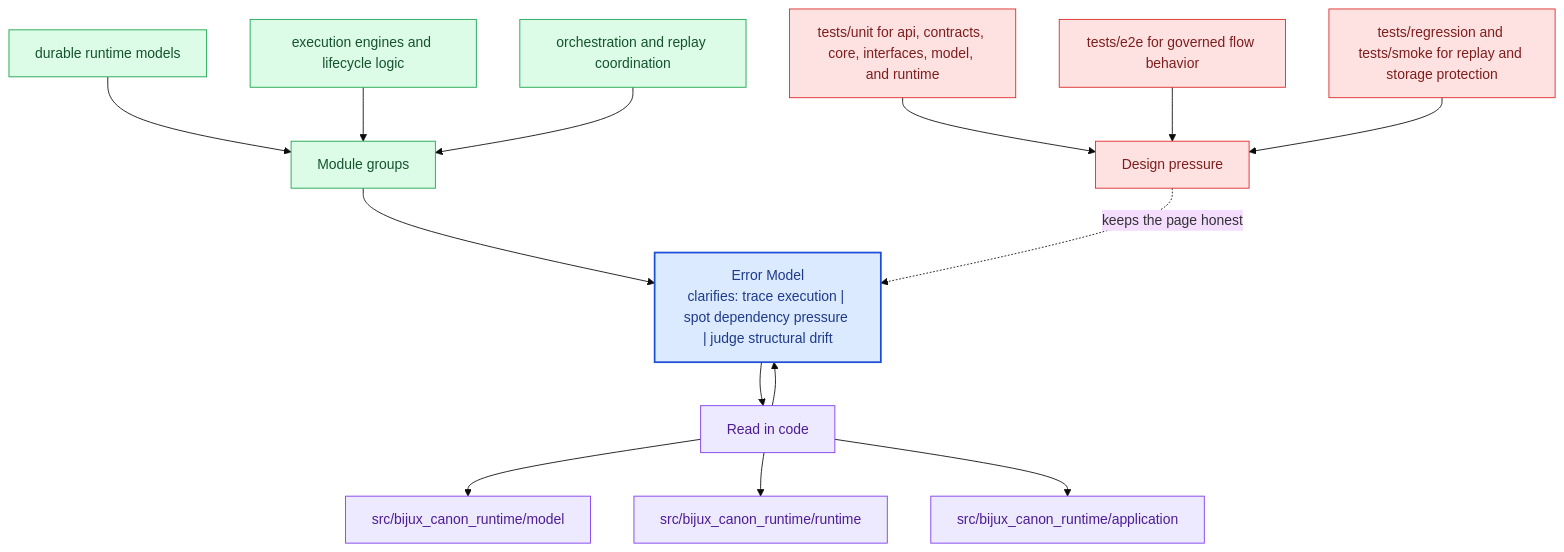
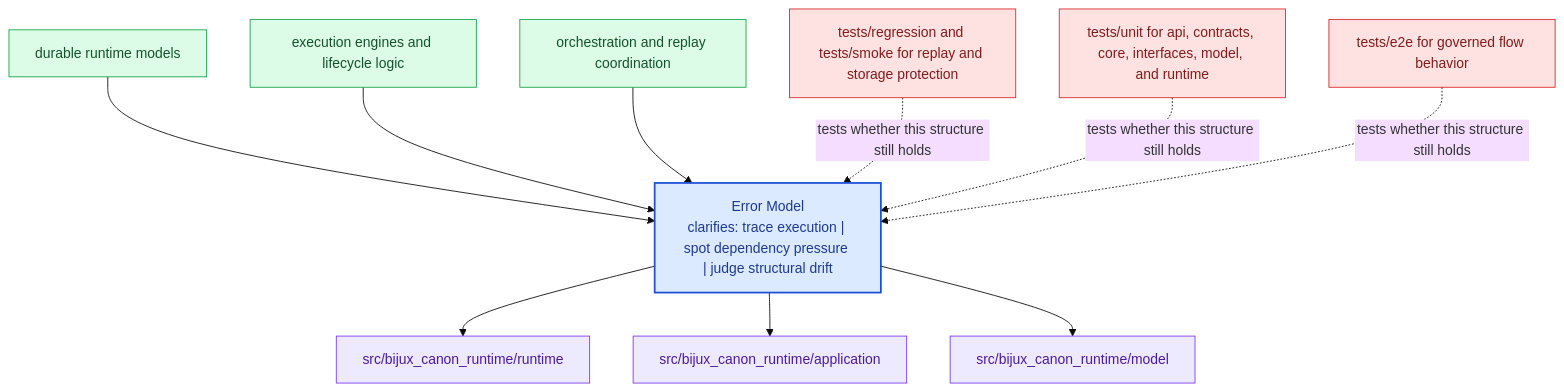
The diagram in docs/bijux-canon-runtime/architecture/error-model.md (bijux/bijux-canon), drawn with Mermaid (base theme) before and after one commit. The commit also changed other lines of this file and 281 other files, not shown here.

Commit message:
docs(diagrams): replace repeated mermaid scaffolds with page-specific summaries

````diff
--- a/docs/bijux-canon-runtime/architecture/error-model.md
+++ b/docs/bijux-canon-runtime/architecture/error-model.md
@@ -68,40 +23,31 @@
 ```mermaid
 flowchart TB
-    promise["Error Model<br/>clarifies: trace execution | spot dependency pressure | judge structural drift"]
-    classDef promise fill:#dbeafe,stroke:#1d4ed8,color:#1e3a8a,stroke-width:2px;
-    classDef driver fill:#dcfce7,stroke:#16a34a,color:#14532d;
-    classDef constraint fill:#fee2e2,stroke:#dc2626,color:#7f1d1d;
-    classDef ground fill:#ede9fe,stroke:#7c3aed,color:#4c1d95;
-    focus1["Module groups"]
-    focus1 --> promise
-    focus1_1["durable runtime models"]
-    focus1_1 --> focus1
-    focus1_2["execution engines and lifecycle logic"]
-    focus1_2 --> focus1
-    focus1_3["orchestration and replay coordination"]
-    focus1_3 --> focus1
-    class focus1 driver;
-    class focus1_1,focus1_2,focus1_3 driver;
-    focus2["Read in code"]
-    focus2 --> promise
-    promise --> focus2
-    focus2_1["src/bijux_canon_runtime/model"]
-    focus2 --> focus2_1
-    focus2_2["src/bijux_canon_runtime/runtime"]
-    focus2 --> focus2_2
-    focus2_3["src/bijux_canon_runtime/application"]
-    focus2 --> focus2_3
-    class focus2 ground;
-    class focus2_1,focus2_2,focus2_3 ground;
-    focus3["Design pressure"]
-    focus3 -.keeps the page honest.-> promise
-    focus3_1["tests/unit for api, contracts, core, interfaces, model, and runtime"]
-    focus3_1 --> focus3
-    focus3_2["tests/e2e for governed flow behavior"]
-    focus3_2 --> focus3
-    focus3_3["tests/regression and tests/smoke for replay and storage protection"]
-    focus3_3 --> focus3
-    class focus3 constraint;
-    class focus3_1,focus3_2,focus3_3 constraint;
-    class promise promise;
+    page["Error Model<br/>clarifies: trace execution | spot dependency pressure | judge structural drift"]
+    classDef page fill:#dbeafe,stroke:#1d4ed8,color:#1e3a8a,stroke-width:2px;
+    classDef positive fill:#dcfce7,stroke:#16a34a,color:#14532d;
+    classDef caution fill:#fee2e2,stroke:#dc2626,color:#7f1d1d;
+    classDef anchor fill:#ede9fe,stroke:#7c3aed,color:#4c1d95;
+    classDef action fill:#fef3c7,stroke:#d97706,color:#7c2d12;
+    module1["durable runtime models"]
+    module1 --> page
+    module2["execution engines and lifecycle logic"]
+    module2 --> page
+    module3["orchestration and replay coordination"]
+    module3 --> page
+    code1["src/bijux_canon_runtime/runtime"]
+    page --> code1
+    code2["src/bijux_canon_runtime/application"]
+    page --> code2
+    code3["src/bijux_canon_runtime/model"]
+    page --> code3
+    pressure1["tests/regression and tests/smoke for replay and storage protection"]
+    pressure1 -.tests whether this structure still holds.-> page
+    pressure2["tests/unit for api, contracts, core, interfaces, model, and runtime"]
+    pressure2 -.tests whether this structure still holds.-> page
+    pressure3["tests/e2e for governed flow behavior"]
+    pressure3 -.tests whether this structure still holds.-> page
+    class page page;
+    class module1,module2,module3 positive;
+    class code1,code2,code3 anchor;
+    class pressure1,pressure2,pressure3 caution;
 ```
````
